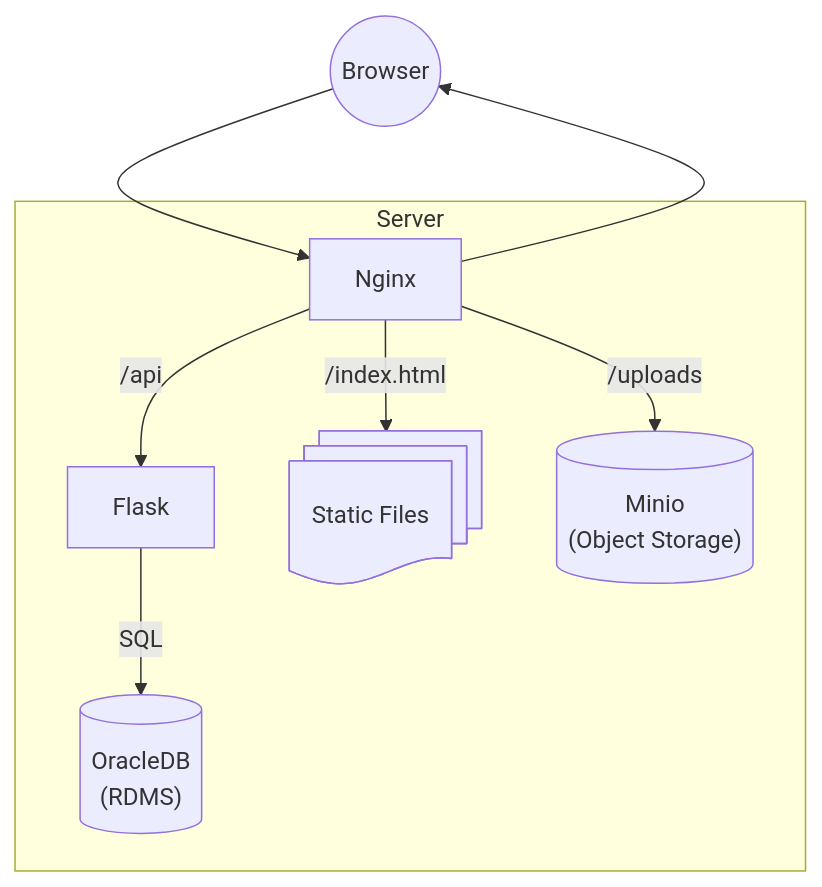
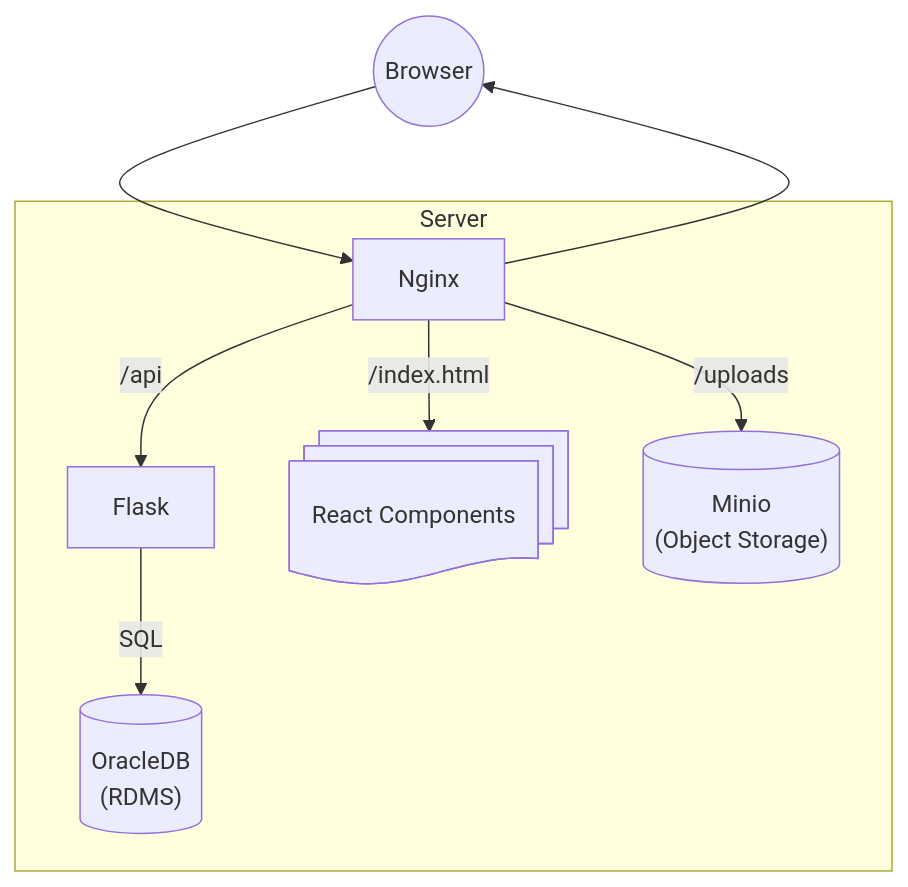
Before and after one commit to jdolak/sidequest: the diagram in docs/infra_design.md, drawn with Mermaid.

````diff
--- a/docs/infra_design.md
+++ b/docs/infra_design.md
@@ -3,19 +3,19 @@
 ```mermaid
 graph TD;
 
 		Browser((Browser))
     subgraph Server
         Nginx
 				Flask
 				db@{ shape: cyl, label: "OracleDB\n(RDMS)" }
-				static@{ shape: docs, label: "Static Files" }
+				static@{ shape: docs, label: "React Components" }
         obj@{ shape: cyl, label: "Minio\n(Object Storage)" }
     end
 
     Browser --> Nginx
     Nginx --> Browser
     Nginx -->|/api| Flask
     Flask -->|SQL| db
     Nginx -->|/index.html| static
     Nginx -->|/uploads| obj
 ```
````
